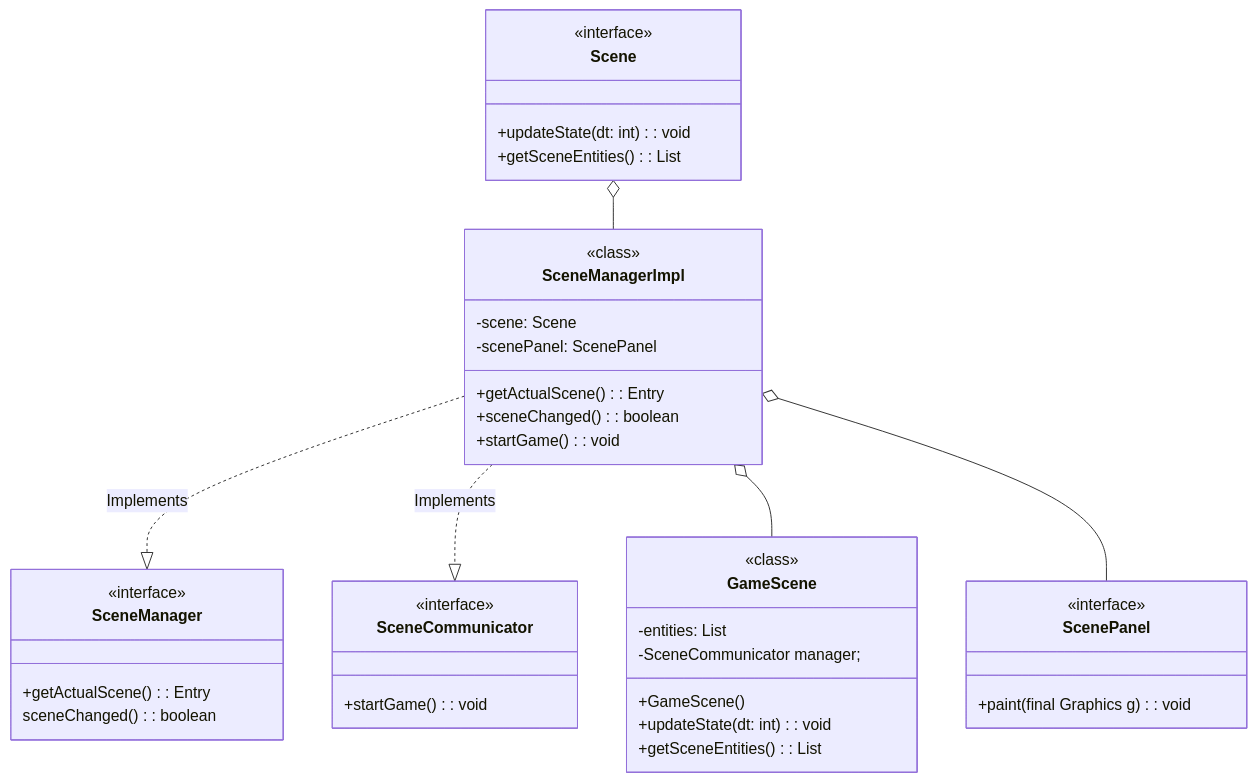
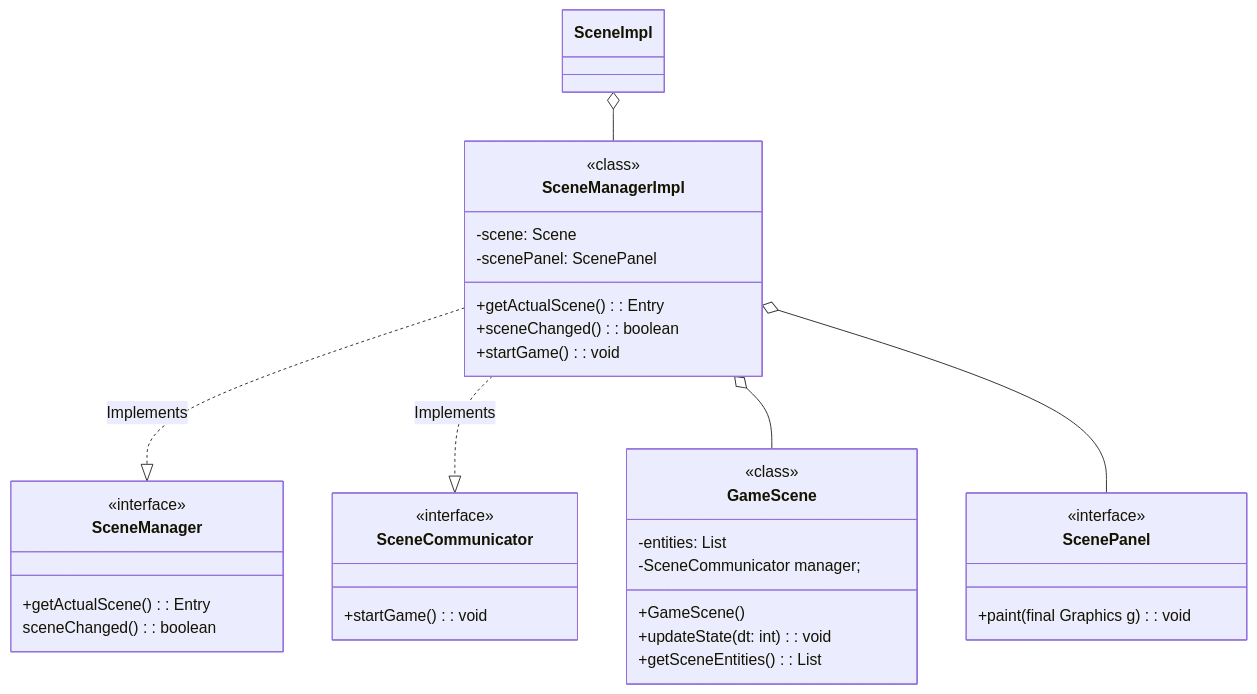
Before and after one commit to GiuseppeGambacorta/2DGameEngine: the third of 3 diagrams in README.md, drawn with Mermaid.

````diff
--- a/README.md
+++ b/README.md
@@ -156,54 +156,49 @@
 ```mermaid
 classDiagram
 
 class SceneManager {
   <<interface>>
   +getActualScene(): Entry<ScenePanel,Scene>
   sceneChanged(): boolean
 }
 
-class Scene {
-  <<interface>>
-  +updateState(dt: int): void
-  +getSceneEntities(): List<GameObject>
-}
 
 
 class ScenePanel{
   <<interface>>
   +paint(final Graphics g): void
 }
 
 class SceneManagerImpl {
   <<class>>
   -scene: Scene
   -scenePanel: ScenePanel
   +getActualScene(): Entry<ScenePanel,Scene>
   +sceneChanged(): boolean
   +startGame() : void
 }
 
 
 class GameScene {
   <<class>>
   -entities: List<GameObject>
   -SceneCommunicator manager;
   +GameScene()
   +updateState(dt: int): void
   +getSceneEntities(): List<GameObject>
 }
 
 
 
 class SceneCommunicator {
   <<interface>>
   +startGame() : void
 }
 
 SceneManagerImpl ..|> SceneManager : Implements
 SceneManagerImpl ..|> SceneCommunicator : Implements
 SceneManagerImpl o-- GameScene
 SceneManagerImpl o-- ScenePanel
 
-Scene o-- SceneManagerImpl
+SceneImpl o-- SceneManagerImpl
 ```
````
